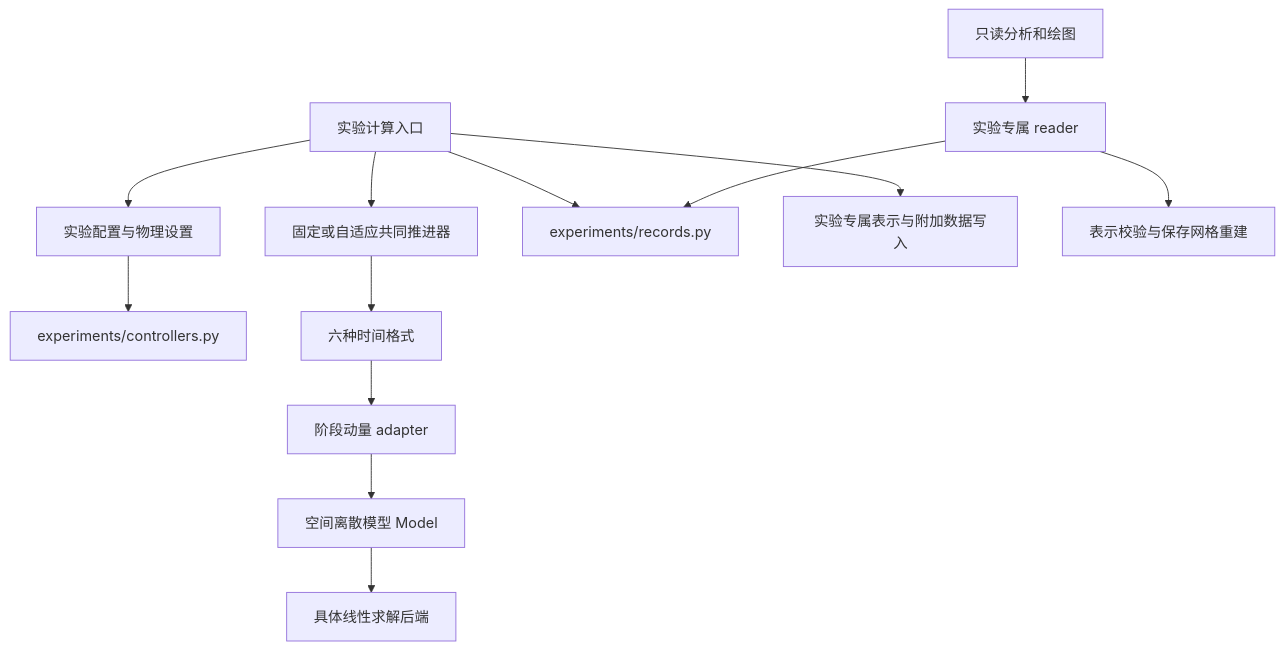
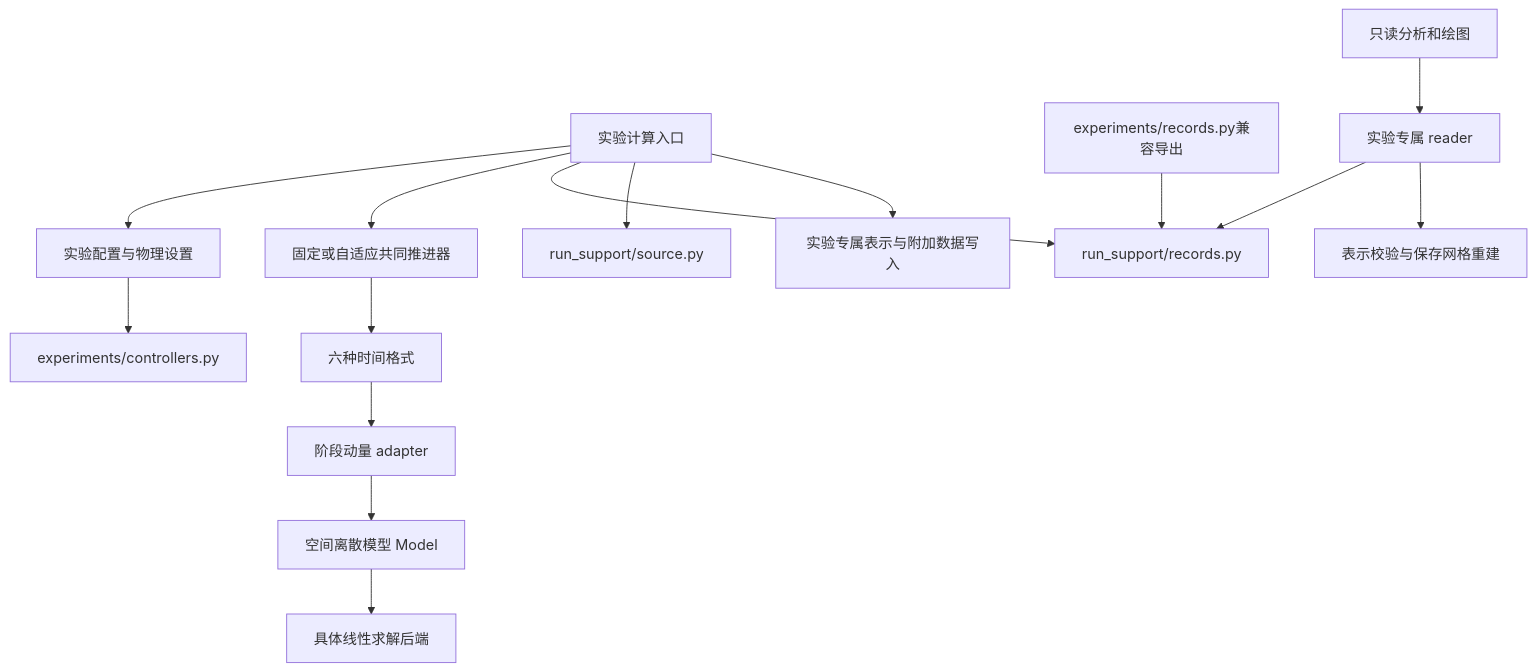
The diagram in docs/architecture.md (HaifengWang1031/MAC-mr-SAV-RK), drawn with Mermaid before and after one commit. The commit also changed other lines of this file and 24 other files, not shown here.

Commit message:
refactor: isolate run records and explicit source inventories

````diff
--- a/docs/architecture.md
+++ b/docs/architecture.md
@@ -78,15 +78,17 @@
 ```mermaid
 flowchart TD
     Run[实验计算入口] --> Config[实验配置与物理设置]
     Config --> Controls[experiments/controllers.py]
     Run --> Driver[固定或自适应共同推进器]
     Driver --> Schemes[六种时间格式]
     Schemes --> Momentum[阶段动量 adapter]
     Momentum --> Model[空间离散模型 Model]
     Model --> Linear[具体线性求解后端]
-    Run --> Records[experiments/records.py]
+    Run --> Records[run_support/records.py]
+    Run --> Source[run_support/source.py]
+    Legacy[experiments/records.py兼容导出] --> Records
     Run --> Extra[实验专属表示与附加数据写入]
     Analysis[只读分析和绘图] --> Reader[实验专属 reader]
     Reader --> Records
     Reader --> Reconstruct[表示校验与保存网格重建]
 ```
````
